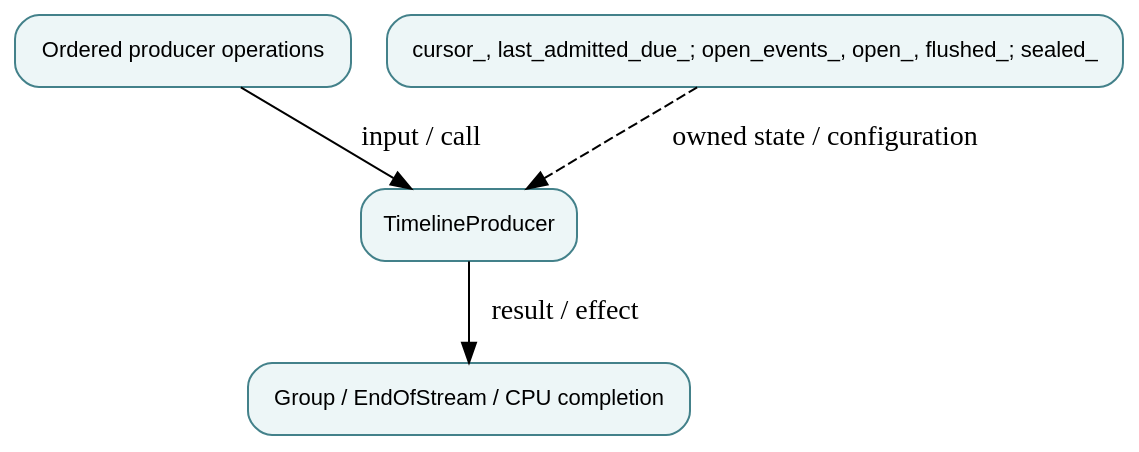
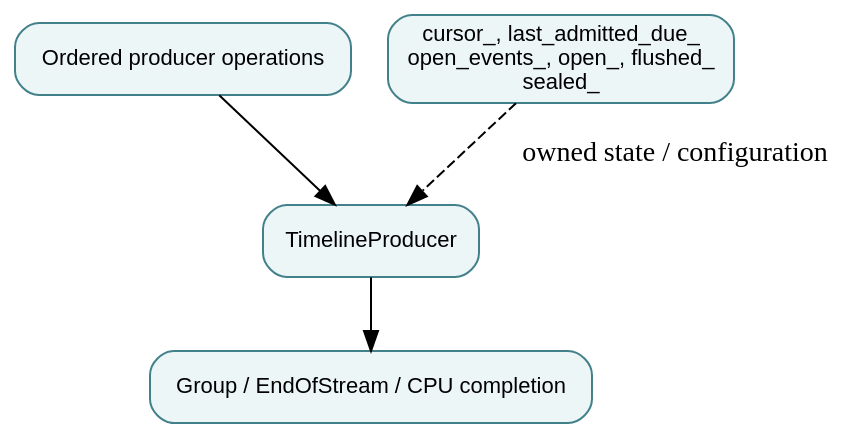
Before and after one commit to qsbit-org/qsbit-sim: the diagram in docs/modules/timeline-reservation-manager.md, drawn with Graphviz. The commit also changed other lines of this file and 41 other files, not shown here.

````diff
--- a/docs/modules/timeline-reservation-manager.md
+++ b/docs/modules/timeline-reservation-manager.md
@@ -17,11 +20,11 @@
 ```{graphviz}
 digraph module {
   rankdir=TB; bgcolor="transparent";
   node [shape=box, style="rounded,filled", fillcolor="#edf6f7", color="#43818a", fontname="sans-serif", fontsize=11];
   input [label="Ordered producer operations"];
   owner [label="TimelineProducer"];
-  state [label="cursor_, last_admitted_due_; open_events_, open_, flushed_; sealed_"];
+  state [label="cursor_, last_admitted_due_\nopen_events_, open_, flushed_\nsealed_"];
   output [label="Group / EndOfStream / CPU completion"];
-  input -> owner [label="input / call"]; owner -> output [label="result / effect"]; state -> owner [style=dashed, label="owned state / configuration"];
+  input -> owner; owner -> output; state -> owner [style=dashed, label="owned state / configuration"];
 }
 ```
````
